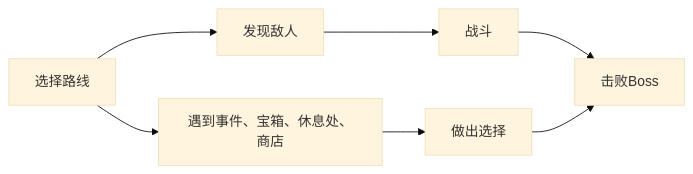
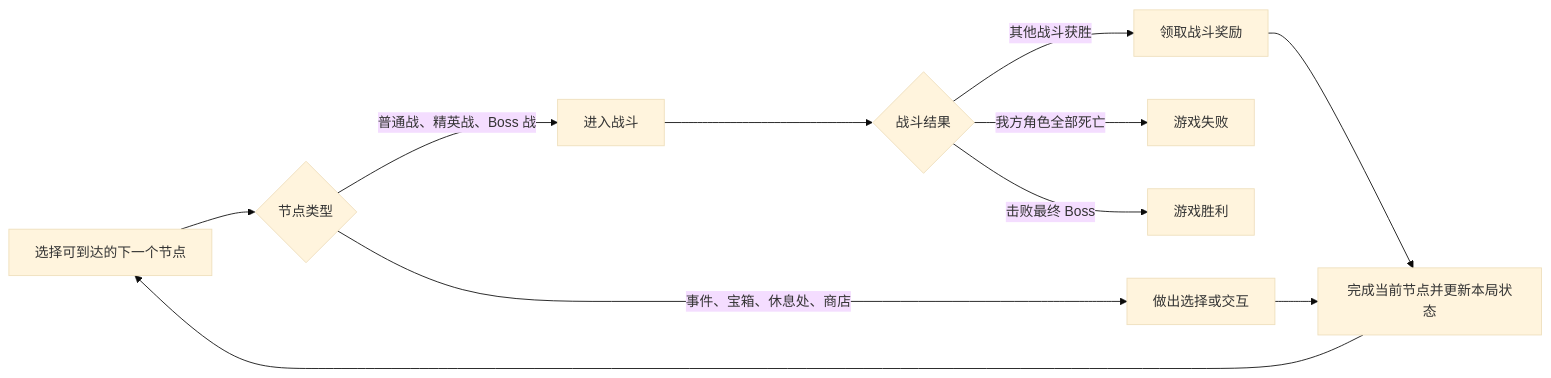
The first of 2 diagrams in Docs/GDD/01_核心循环.md (Ingenious-FanBlade/Project-Poly), drawn with Mermaid (base theme) before and after one commit. The commit also changed 3 other files, not shown here.

````diff
--- a/Docs/GDD/01_核心循环.md
+++ b/Docs/GDD/01_核心循环.md
@@ -5,9 +5,13 @@
 ```mermaid
 flowchart LR
-    A[选择路线]-->B[发现敌人]
-    A-->C[遇到事件、宝箱、休息处、商店]
-    B-->D[战斗]
-    C-->E[做出选择]
-    D-->F[击败Boss]
-    E-->F
+    A[选择可到达的下一个节点] --> B{节点类型}
+    B -->|普通战、精英战、Boss 战| C[进入战斗]
+    B -->|事件、宝箱、休息处、商店| D[做出选择或交互]
+    C --> E{战斗结果}
+    E -->|我方角色全部死亡| H[游戏失败]
+    E -->|击败最终 Boss| I[游戏胜利]
+    E -->|其他战斗获胜| F[领取战斗奖励]
+    F --> G[完成当前节点并更新本局状态]
+    D --> G
+    G --> A
 ```
````
